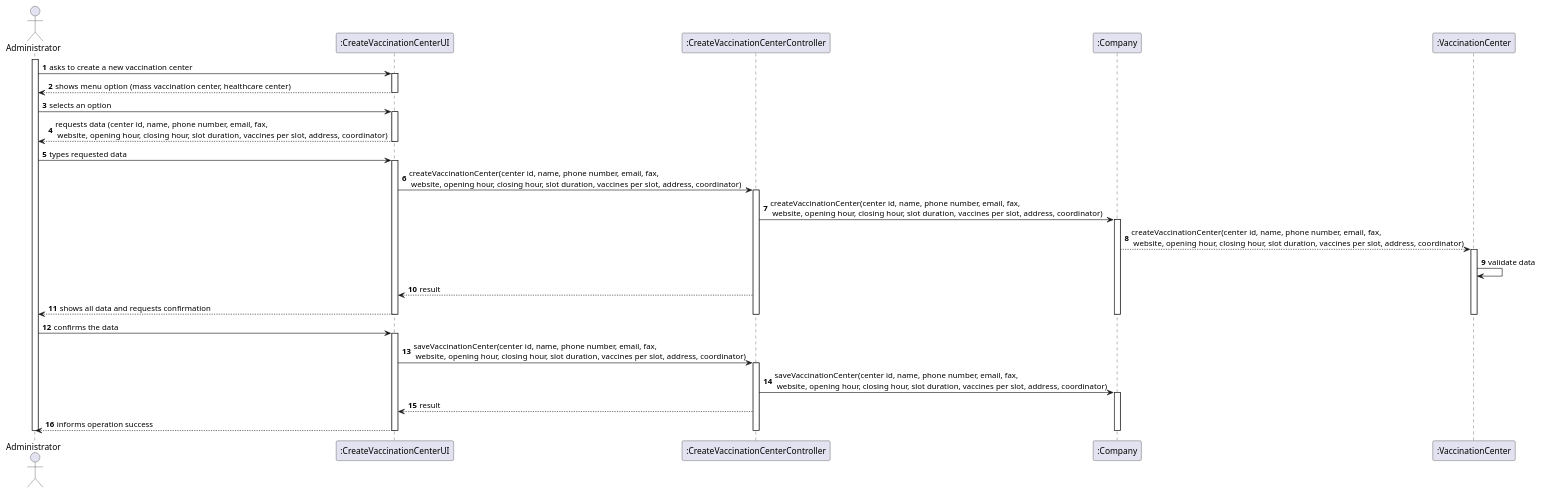
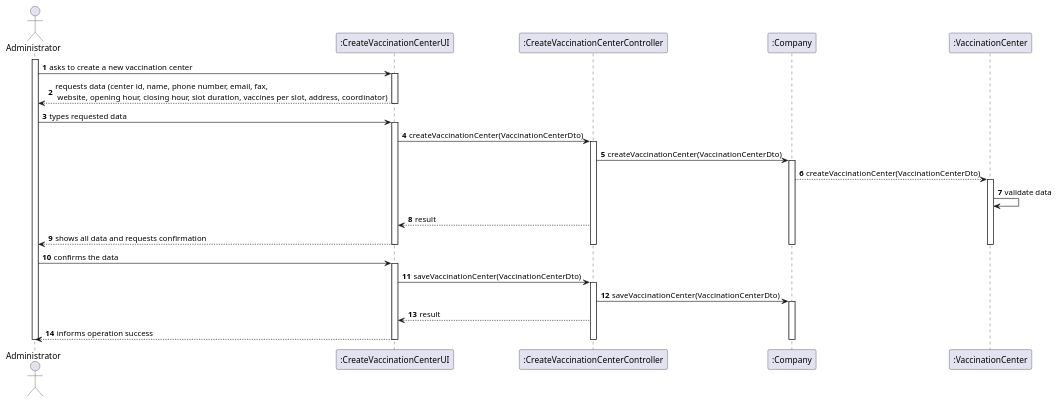
Before and after one commit to Pirussa/lei-22-s2-1da-g02: the diagram in docs/SprintB/US009/US009_SD.puml, drawn with PlantUML. The commit also changed 13 other files, not shown here.

Commit message:
US09 - Updating Controller, UI, Model and pretty much every single diagram

```diff
--- a/docs/SprintB/US009/US009_SD.puml
+++ b/docs/SprintB/US009/US009_SD.puml
@@ -1,59 +1,55 @@
 @startuml
 autonumber
 
 actor "Administrator" as A
 
 participant ":CreateVaccinationCenterUI" as UI
 participant ":CreateVaccinationCenterController" as CTRL
 participant ":Company" as C
 participant ":VaccinationCenter" as V
 
 activate A
 A -> UI : asks to create a new vaccination center
 activate UI
-UI --> A : shows menu option (mass vaccination center, healthcare center)
-deactivate UI
 
-A -> UI : selects an option
-activate UI
 UI --> A : requests data (center id, name, phone number, email, fax,\n website, opening hour, closing hour, slot duration, vaccines per slot, address, coordinator)
 deactivate UI
 
 A -> UI : types requested data
 activate UI
 
-UI -> CTRL : createVaccinationCenter(center id, name, phone number, email, fax,\n website, opening hour, closing hour, slot duration, vaccines per slot, address, coordinator)
+UI -> CTRL : createVaccinationCenter(VaccinationCenterDto)
 activate CTRL
 
-CTRL -> C : createVaccinationCenter(center id, name, phone number, email, fax,\n website, opening hour, closing hour, slot duration, vaccines per slot, address, coordinator)
+CTRL -> C : createVaccinationCenter(VaccinationCenterDto)
 activate C
-C --> V : createVaccinationCenter(center id, name, phone number, email, fax,\n website, opening hour, closing hour, slot duration, vaccines per slot, address, coordinator)
+C --> V : createVaccinationCenter(VaccinationCenterDto)
 activate V
 V -> V :  validate data
 
 CTRL --> UI : result
 
 UI --> A: shows all data and requests confirmation
 
 deactivate V
 deactivate C
 deactivate CTRL
 deactivate UI
 
 A -> UI : confirms the data
 activate UI
-UI -> CTRL : saveVaccinationCenter(center id, name, phone number, email, fax,\n website, opening hour, closing hour, slot duration, vaccines per slot, address, coordinator)
+UI -> CTRL : saveVaccinationCenter(VaccinationCenterDto)
 activate CTRL
-CTRL -> C : saveVaccinationCenter(center id, name, phone number, email, fax,\n website, opening hour, closing hour, slot duration, vaccines per slot, address, coordinator)
+CTRL -> C : saveVaccinationCenter(VaccinationCenterDto)
 activate C
 
 CTRL --> UI: result
 
 UI --> A : informs operation success
 
 deactivate C
 deactivate CTRL
 deactivate UI
 deactivate A
 
 @enduml
```
